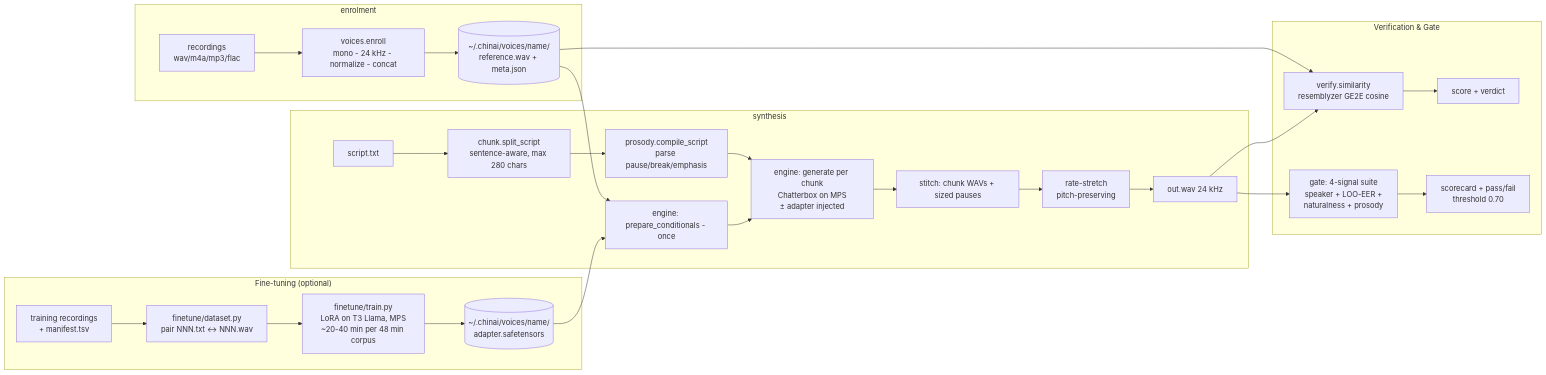
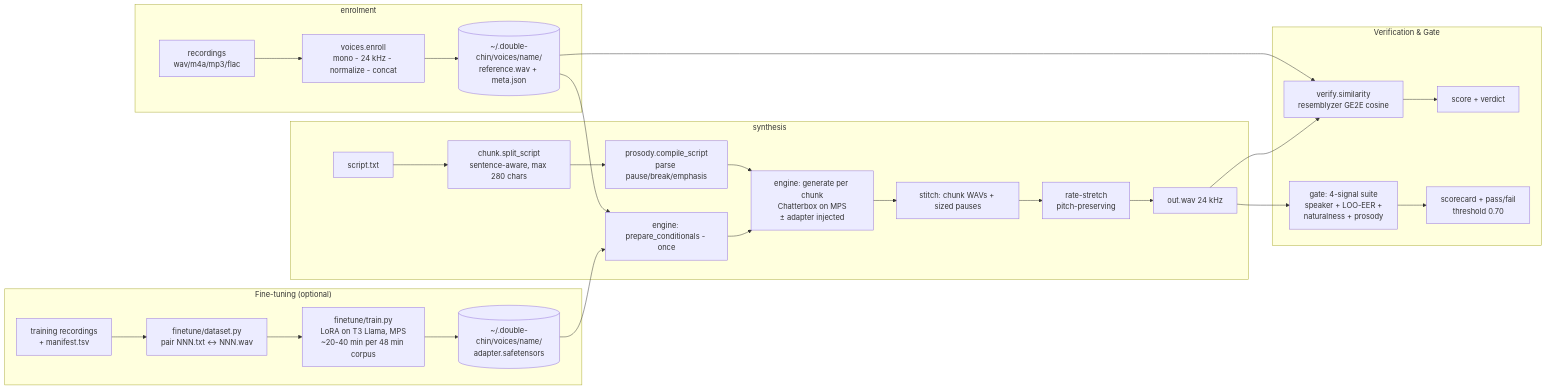
One commit to MattModeCode/double-chin changed the first of 2 diagrams in docs/design.md. Above: the diagram before and after it, drawn with Mermaid. The commit also changed other lines of this file and 114 other files, not shown here.

First line of the commit message:
rebrand: ChinAI -> Double Chin, retire old voice, rebuild public README

````diff
--- a/docs/design.md
+++ b/docs/design.md
@@ -103,27 +103,27 @@
 ```mermaid
 flowchart LR
     subgraph enrolment
-        R[recordings<br/>wav/m4a/mp3/flac] --> E[voices.enroll<br/>mono - 24 kHz - normalize - concat] --> V[(~/.chinai/voices/name/<br/>reference.wav + meta.json)]
+        R[recordings<br/>wav/m4a/mp3/flac] --> E[voices.enroll<br/>mono - 24 kHz - normalize - concat] --> V[(~/.double-chin/voices/name/<br/>reference.wav + meta.json)]
     end
     subgraph finetuning["Fine-tuning (optional)"]
         T[training recordings<br/>+ manifest.tsv] --> D[finetune/dataset.py<br/>pair NNN.txt ↔ NNN.wav]
         D --> F[finetune/train.py<br/>LoRA on T3 Llama, MPS<br/>~20-40 min per 48 min corpus]
-        F --> A[(~/.chinai/voices/name/<br/>adapter.safetensors)]
+        F --> A[(~/.double-chin/voices/name/<br/>adapter.safetensors)]
     end
     subgraph synthesis
         S[script.txt] --> C[chunk.split_script<br/>sentence-aware, max 280 chars]
         C --> PR[prosody.compile_script<br/>parse pause/break/emphasis]
         V --> P[engine: prepare_conditionals - once]
         A --> P
         PR --> G[engine: generate per chunk<br/>Chatterbox on MPS<br/>± adapter injected]
         P --> G
         G --> ST[stitch: chunk WAVs + sized pauses] --> RR[rate-stretch<br/>pitch-preserving] --> O[out.wav 24 kHz]
     end
     subgraph verification["Verification & Gate"]
         V --> VS[verify.similarity<br/>resemblyzer GE2E cosine]
         O --> VS
         O --> GATE["gate: 4-signal suite<br/>speaker + LOO-EER +<br/>naturalness + prosody"]
         VS --> VD[score + verdict]
         GATE --> GR["scorecard + pass/fail<br/>threshold 0.70"]
     end
 ```
````
